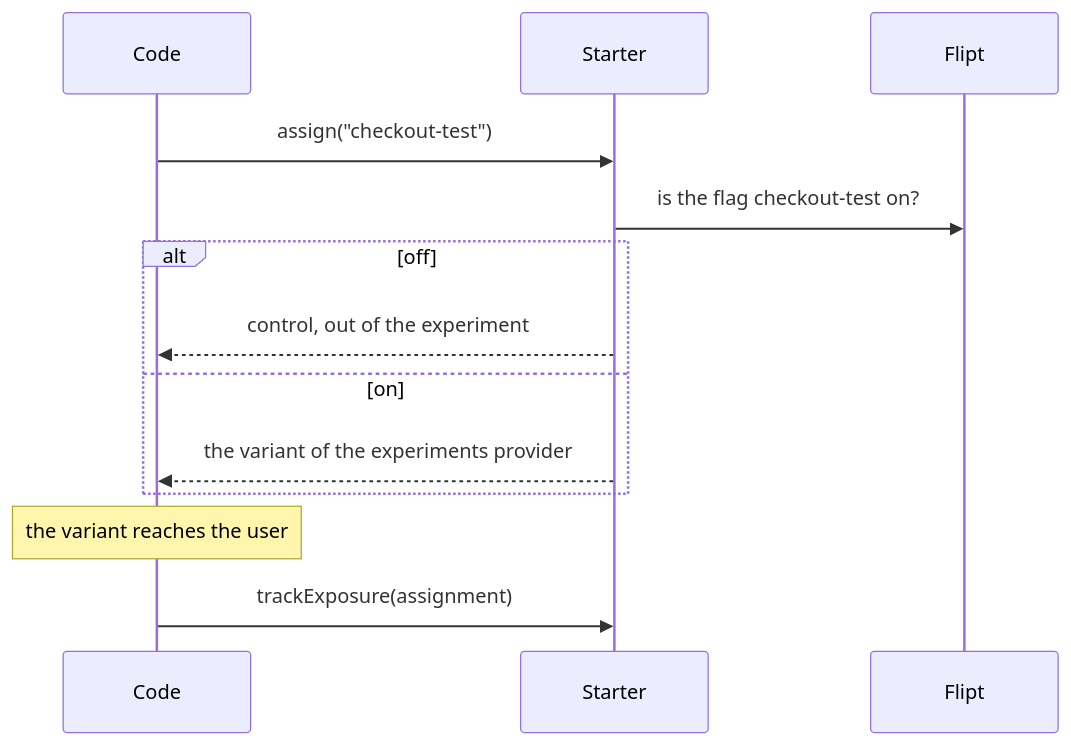
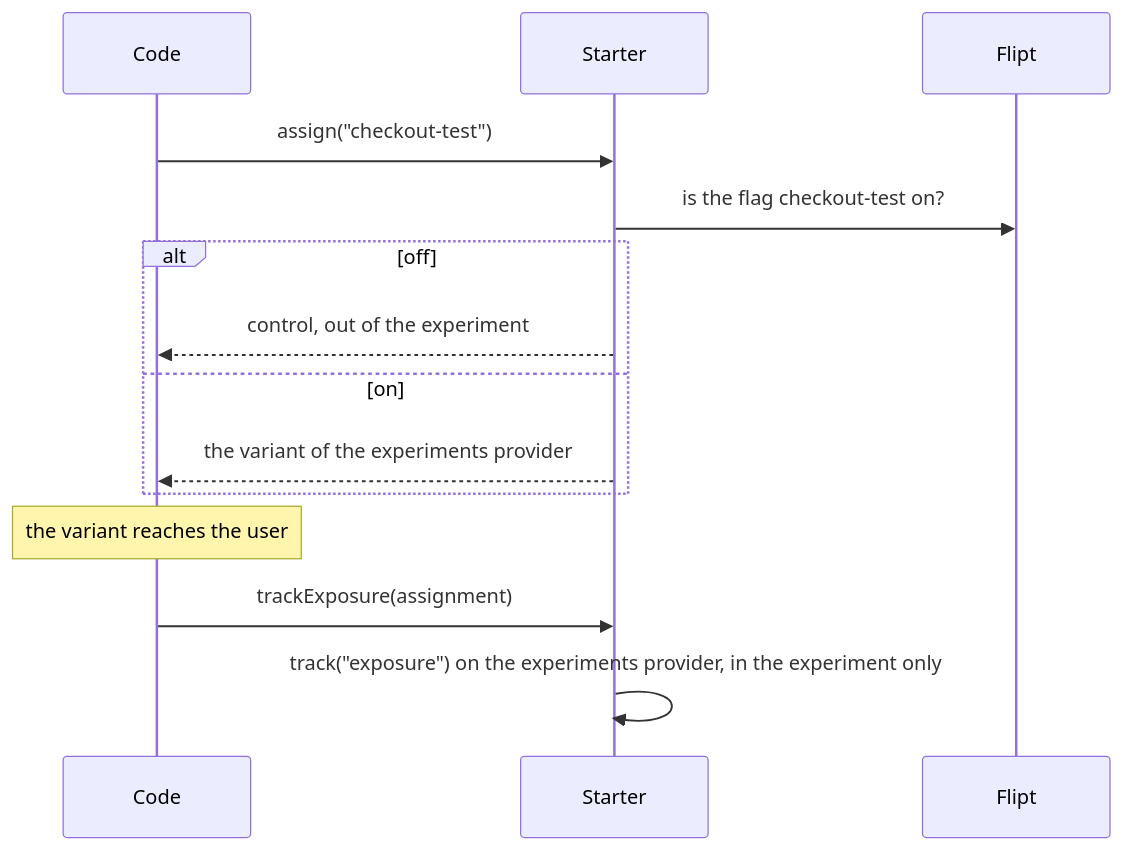
Before and after one commit to mboisnard/drinkit: the second of 2 diagrams in tech-starters/backend/feature-management-starter/README.md, drawn with Mermaid. The commit also changed other lines of this file and 3 other files, not shown here.

First line of the commit message:
[TECH-STARTER] Report an exposure through the tracking of the OpenFeature experiments domain (#629)

````diff
--- a/tech-starters/backend/feature-management-starter/README.md
+++ b/tech-starters/backend/feature-management-starter/README.md
@@ -21,15 +21,16 @@
 ```mermaid
 sequenceDiagram
     participant Code
     participant Starter
     participant Flipt
     Code->>Starter: assign("checkout-test")
     Starter->>Flipt: is the flag checkout-test on?
     alt off
         Starter-->>Code: control, out of the experiment
     else on
         Starter-->>Code: the variant of the experiments provider
     end
     Note over Code: the variant reaches the user
     Code->>Starter: trackExposure(assignment)
+    Starter->>Starter: track("exposure") on the experiments provider, in the experiment only
 ```
````
